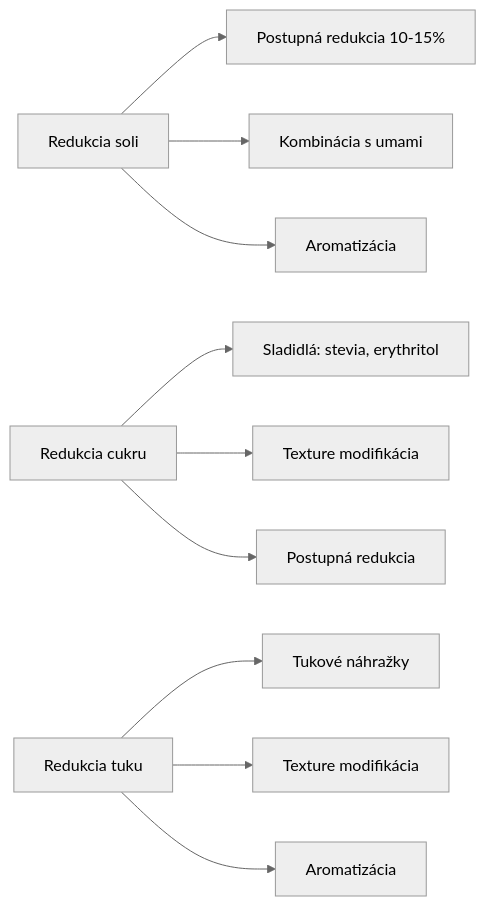
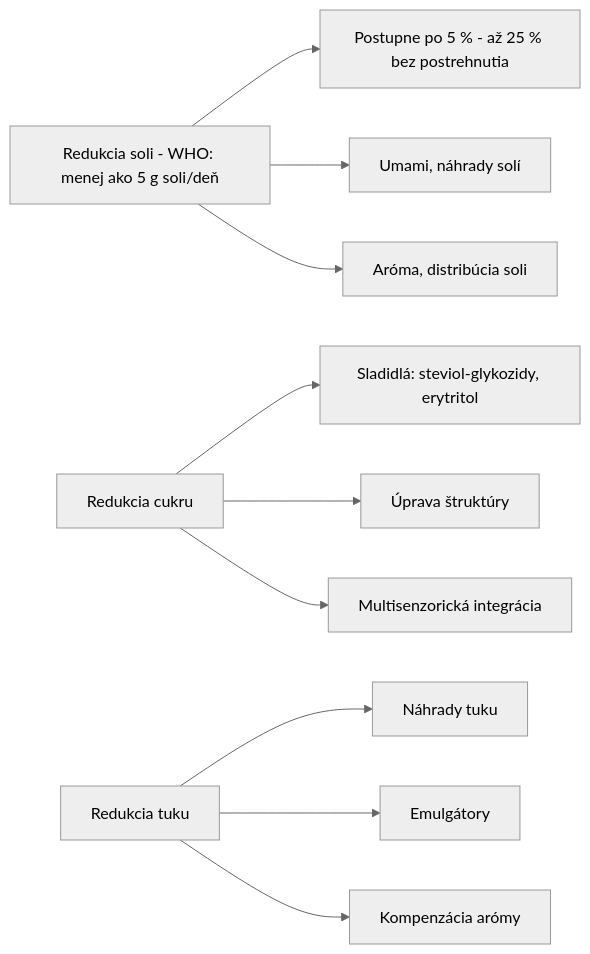
The second of 2 diagrams in prezentacie/literatura_chut.qmd (senzorika/SAP), drawn with Mermaid (neutral theme) before and after one commit. The commit also changed other lines of this file and 36 other files, not shown here.

````diff
--- a/prezentacie/literatura_chut.qmd
+++ b/prezentacie/literatura_chut.qmd
@@ -186,12 +172,12 @@
 ```mermaid
 graph LR
-    A[Redukcia soli] --> A1[Postupná redukcia 10-15%]
-    A --> A2[Kombinácia s umami]
-    A --> A3[Aromatizácia]
-    B[Redukcia cukru] --> B1[Sladidlá: stevia, erythritol]
-    B --> B2[Texture modifikácia]
-    B --> B3[Postupná redukcia]
-    C[Redukcia tuku] --> C1[Tukové náhražky]
-    C --> C2[Texture modifikácia]
-    C --> C3[Aromatizácia]
+    A[Redukcia soli - WHO: menej ako 5 g soli/deň] --> A1[Postupne po 5 % - až 25 % bez postrehnutia]
+    A --> A2[Umami, náhrady solí]
+    A --> A3[Aróma, distribúcia soli]
+    B[Redukcia cukru] --> B1[Sladidlá: steviol-glykozidy, erytritol]
+    B --> B2[Úprava štruktúry]
+    B --> B3[Multisenzorická integrácia]
+    C[Redukcia tuku] --> C1[Náhrady tuku]
+    C --> C2[Emulgátory]
+    C --> C3[Kompenzácia arómy]
 ```
````
